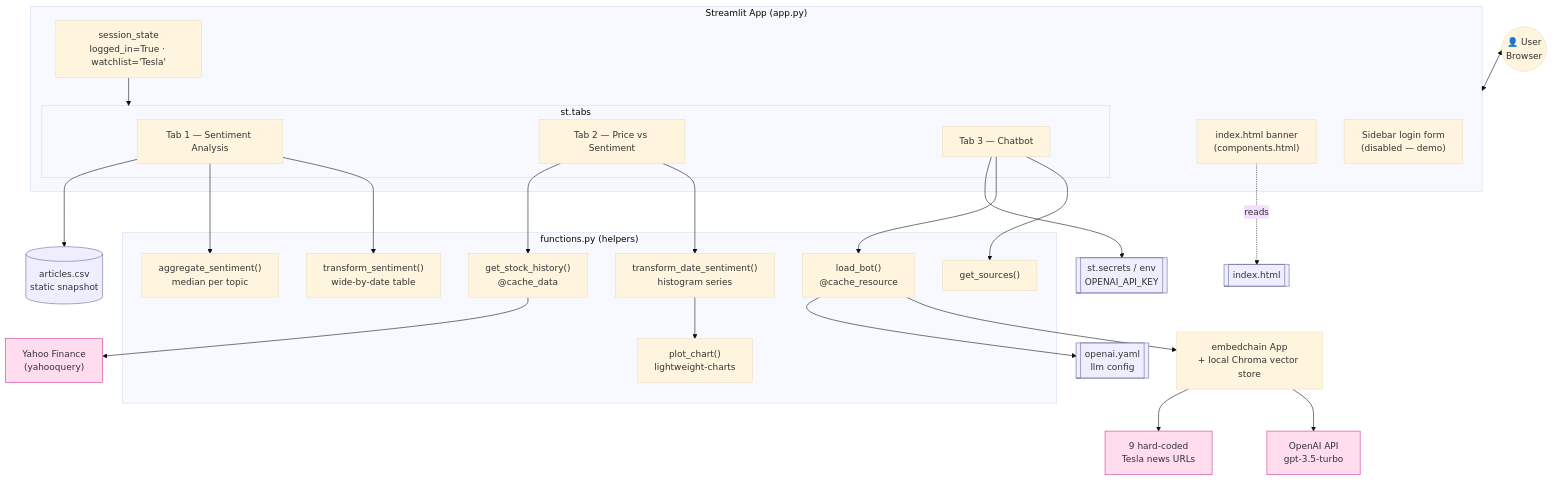
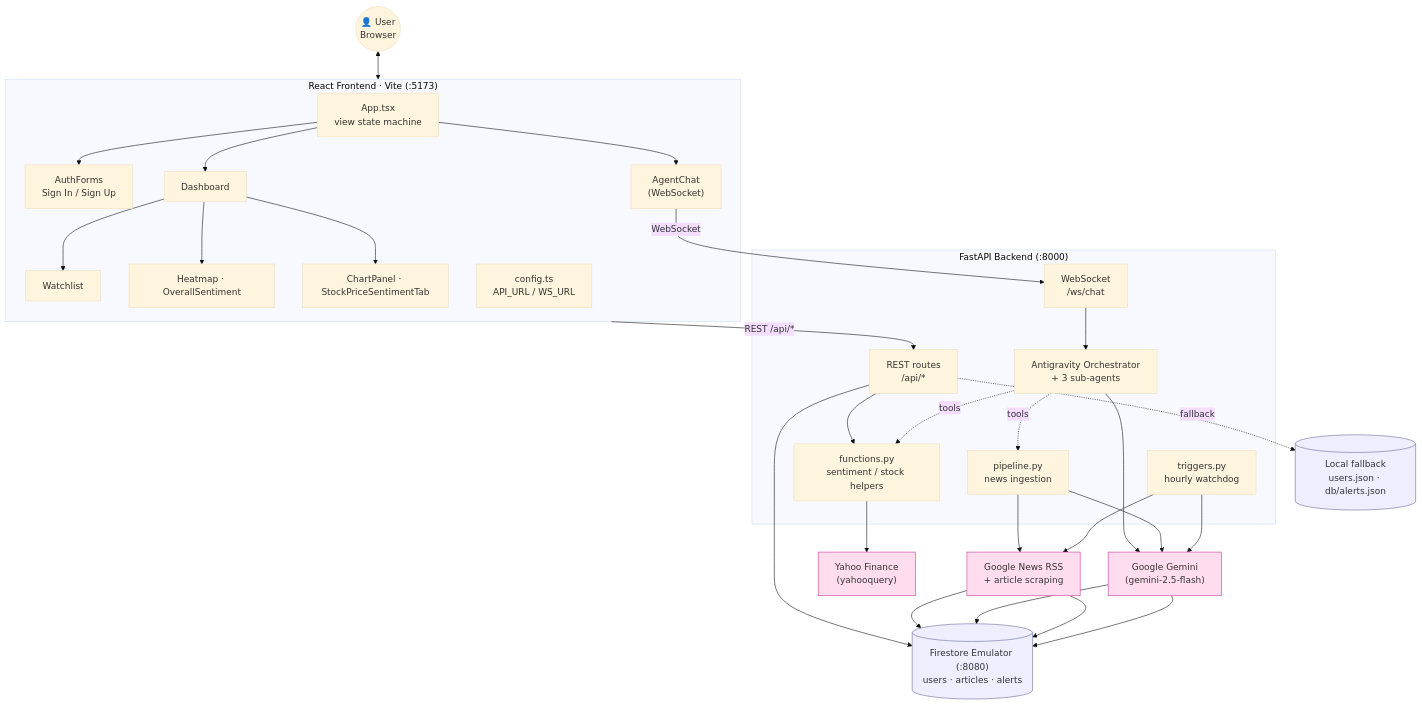
The diagram in docs/diagrams/01_current_architecture.mmd (mathamatigician/MarketWave), drawn with Mermaid (base theme) before and after one commit. The commit also changed 16 other files, not shown here.

First line of the commit message:
docs: remove Streamlit references and rewrite architecture for React+FastAPI stack (#8)

```diff
--- a/docs/diagrams/01_current_architecture.mmd
+++ b/docs/diagrams/01_current_architecture.mmd
@@ -1,54 +1,52 @@
 flowchart TB
     user(("👤 User<br/>Browser"))
 
-    subgraph ST["Streamlit App (app.py)"]
-        header["index.html banner<br/>(components.html)"]
-        sidebar["Sidebar login form<br/>(disabled — demo)"]
-        state["session_state<br/>logged_in=True · watchlist='Tesla'"]
-
-        subgraph TABS["st.tabs"]
-            t1["Tab 1 — Sentiment Analysis"]
-            t2["Tab 2 — Price vs Sentiment"]
-            t3["Tab 3 — Chatbot"]
-        end
+    subgraph FE["React Frontend · Vite (:5173)"]
+        app["App.tsx<br/>view state machine"]
+        auth["AuthForms<br/>Sign In / Sign Up"]
+        dash["Dashboard"]
+        wl["Watchlist"]
+        hm["Heatmap · OverallSentiment"]
+        chart["ChartPanel · StockPriceSentimentTab"]
+        chat["AgentChat<br/>(WebSocket)"]
+        cfg["config.ts<br/>API_URL / WS_URL"]
     end
 
-    subgraph FN["functions.py (helpers)"]
-        agg["aggregate_sentiment()<br/>median per topic"]
-        trans["transform_sentiment()<br/>wide-by-date table"]
-        tds["transform_date_sentiment()<br/>histogram series"]
-        gsh["get_stock_history()<br/>@cache_data"]
-        plot["plot_chart()<br/>lightweight-charts"]
-        bot["load_bot()<br/>@cache_resource"]
-        src["get_sources()"]
+    subgraph BE["FastAPI Backend (:8000)"]
+        rest["REST routes<br/>/api/*"]
+        ws["WebSocket<br/>/ws/chat"]
+        orch["Antigravity Orchestrator<br/>+ 3 sub-agents"]
+        pipe["pipeline.py<br/>news ingestion"]
+        trig["triggers.py<br/>hourly watchdog"]
+        fn["functions.py<br/>sentiment / stock helpers"]
     end
 
-    csv[("articles.csv<br/>static snapshot")]
-    yaml[["openai.yaml<br/>llm config"]]
-    secrets[["st.secrets / env<br/>OPENAI_API_KEY"]]
+    fs[("Firestore Emulator (:8080)<br/>users · articles · alerts")]
+    localjson[("Local fallback<br/>users.json · db/alerts.json")]
 
-    yf["Yahoo Finance<br/>(yahooquery)"]
-    emb["embedchain App<br/>+ local Chroma vector store"]
-    openai["OpenAI API<br/>gpt-3.5-turbo"]
-    urls["9 hard-coded<br/>Tesla news URLs"]
+    gemini["Google Gemini<br/>(gemini-2.5-flash)"]
+    yahoo["Yahoo Finance<br/>(yahooquery)"]
+    gnews["Google News RSS<br/>+ article scraping"]
 
-    user <--> ST
-    header -.reads.-> idx[["index.html"]]
-    state --> TABS
+    user <--> FE
+    app --> auth & dash & chat
+    dash --> wl & hm & chart
+    FE -->|REST /api/*| rest
+    chat -->|WebSocket| ws
 
-    t1 --> csv
-    t1 --> agg & trans
-    t2 --> gsh --> yf
-    t2 --> tds --> plot
-    t3 --> secrets
-    t3 --> bot
-    bot --> yaml
-    bot --> emb
-    emb --> urls
-    emb --> openai
-    t3 --> src
+    rest --> fs
+    rest --> fn
+    fn --> yahoo
+    rest -. fallback .-> localjson
+
+    ws --> orch
+    orch --> gemini
+    orch -. tools .-> pipe & fn
+
+    pipe --> gnews & gemini --> fs
+    trig --> gnews & gemini --> fs
 
     classDef ext fill:#fde,stroke:#c39;
     classDef data fill:#eef,stroke:#669;
-    class yf,openai,urls ext;
-    class csv,yaml,secrets,idx data;
+    class gemini,yahoo,gnews ext;
+    class fs,localjson data;
```
